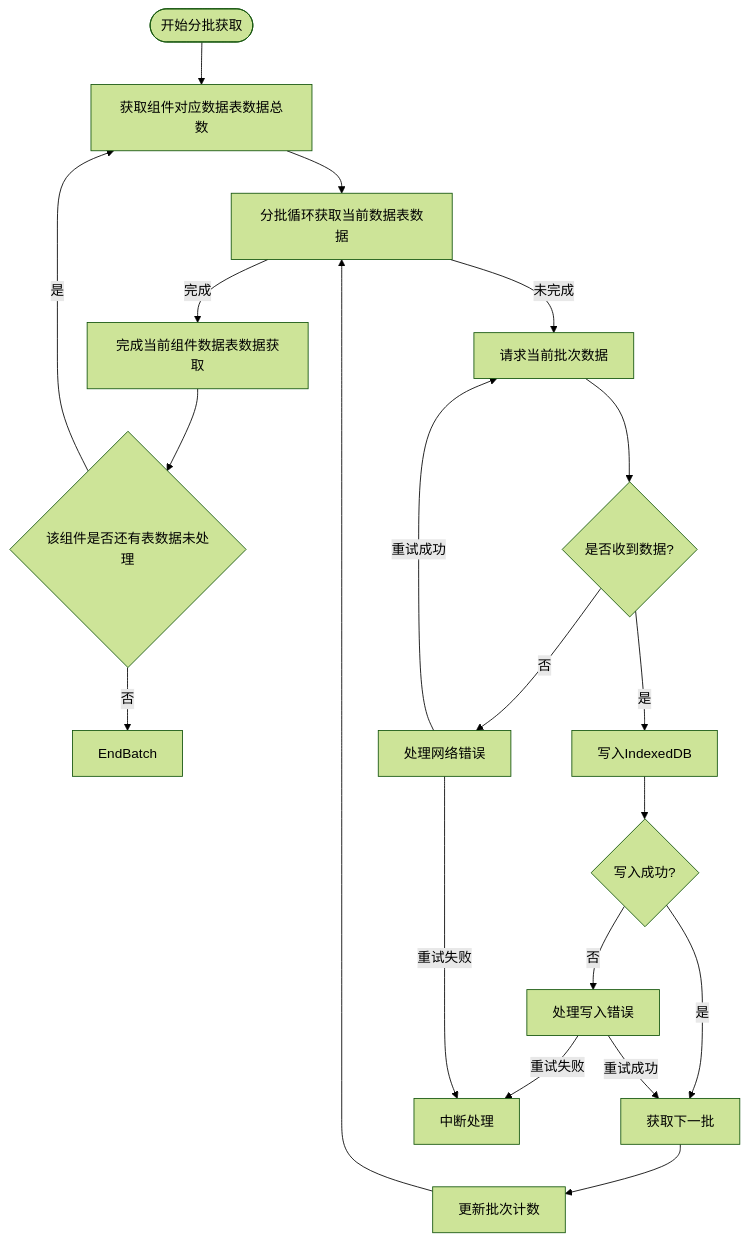
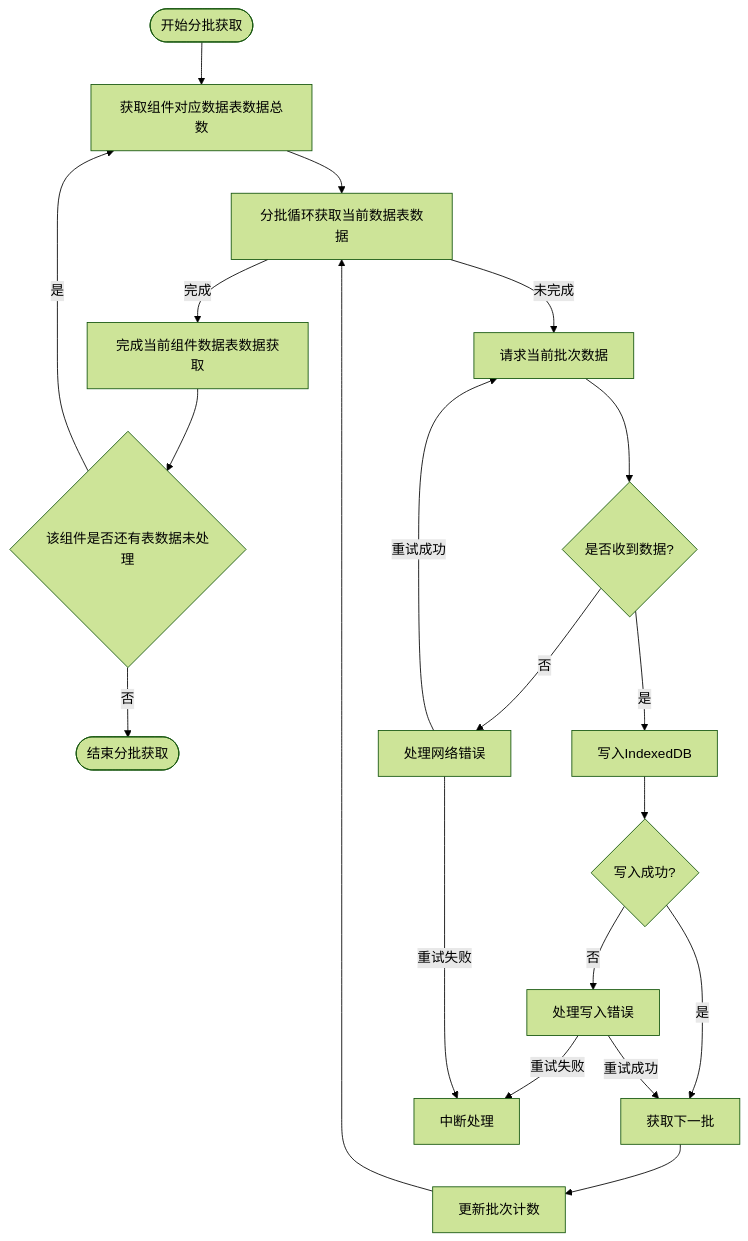
The diagram in all/未命名-56.md (yingjianzh/iodraw-files), drawn with Mermaid (forest theme) before and after one commit.

Commit message:
2025-05-12 10:28:01 update

````diff
--- a/all/未命名-56.md
+++ b/all/未命名-56.md
@@ -1,34 +1,34 @@
 ```mermaid
 
 flowchart TD
     StartBatch([开始分批获取]) --> InitializeBatch[获取组件对应数据表数据总数]
     InitializeBatch --> CheckBatchSize[分批循环获取当前数据表数据]
     
     CheckBatchSize -->|完成| BatchComplete[完成当前组件数据表数据获取]
 
     BatchComplete --> HasNext{该组件是否还有表数据未处理}
 
     HasNext --> |是| InitializeBatch
-    HasNext --> |否| EndBatch
+    HasNext --> |否| EndBatch([结束分批获取])
 
     
     CheckBatchSize -->|未完成| RequestBatch[请求当前批次数据]
     RequestBatch --> ReceiveBatch{是否收到数据?}
     
     ReceiveBatch -->|是| WriteToDB[写入IndexedDB]
     
     WriteToDB --> BatchSuccess{写入成功?}
     BatchSuccess -->|是| NextBatch[获取下一批]
     BatchSuccess -->|否| HandleError[处理写入错误]
     HandleError -->|重试成功| NextBatch
     HandleError -->|重试失败| AbortProcess[中断处理]
     
     ReceiveBatch -->|否| HandleNetworkError[处理网络错误]
     HandleNetworkError -->|重试成功| RequestBatch
     HandleNetworkError -->|重试失败| AbortProcess
     
     NextBatch --> IncrementBatch[更新批次计数]
     IncrementBatch --> CheckBatchSize
     
 
 ```
````
